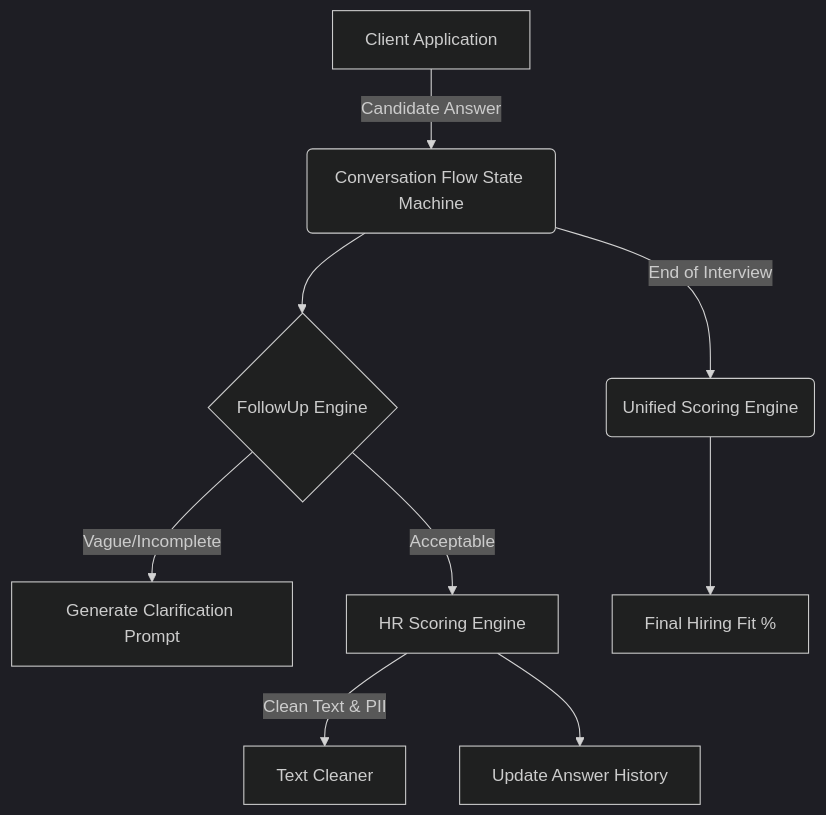
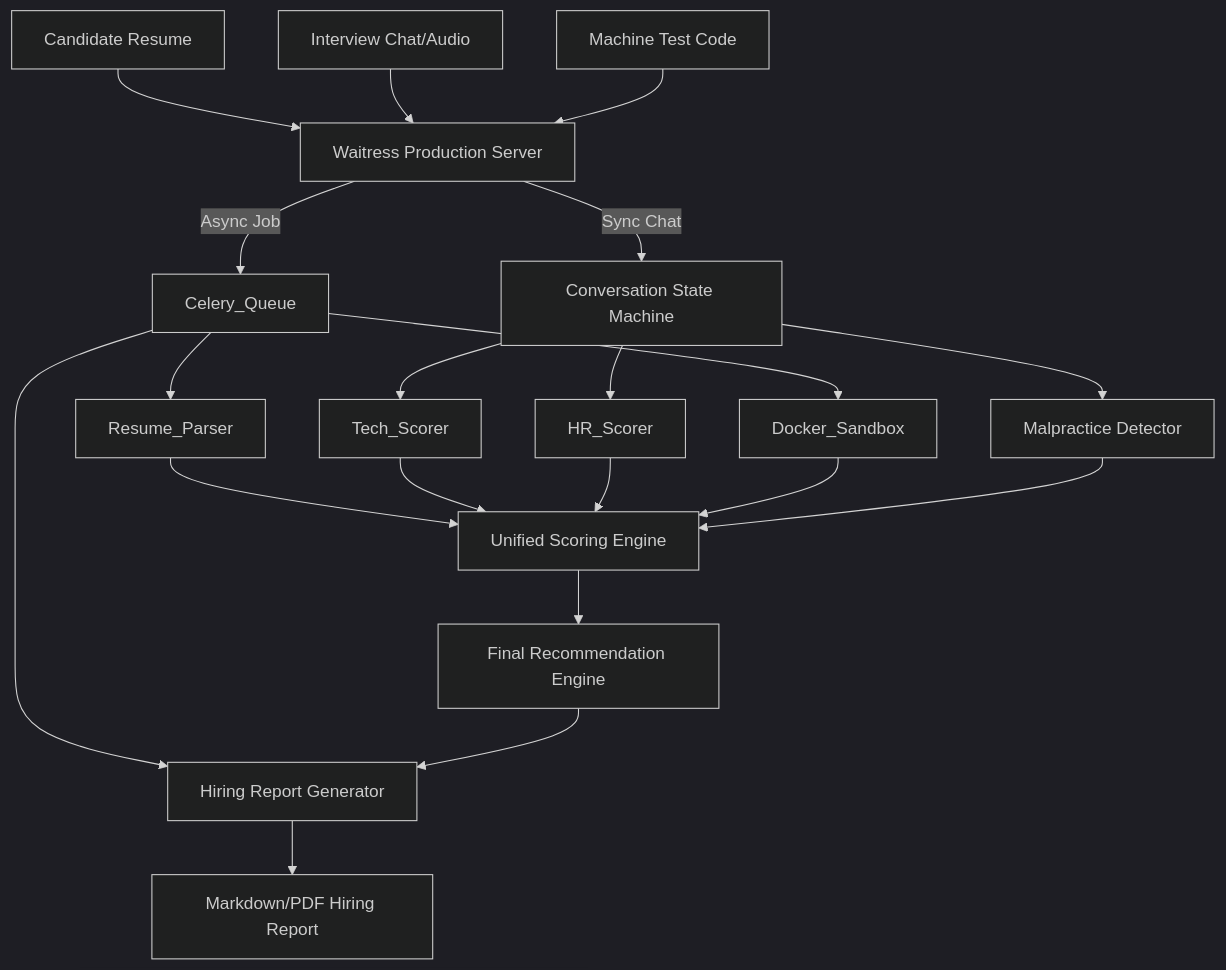
The diagram in docs/architecture/SYSTEM_ARCHITECTURE.md (AdarshM-Official/Zecpath-AI), drawn with Mermaid (dark theme) before and after one commit. The commit also changed other lines of this file and 36 other files, not shown here.

````diff
--- a/docs/architecture/SYSTEM_ARCHITECTURE.md
+++ b/docs/architecture/SYSTEM_ARCHITECTURE.md
@@ -6,11 +19,33 @@
 ```mermaid
 graph TD
-    A[Client Application] -->|Candidate Answer| B(Conversation Flow State Machine)
-    B --> C{FollowUp Engine}
-    C -->|Vague/Incomplete| D[Generate Clarification Prompt]
-    C -->|Acceptable| E[HR Scoring Engine]
-    E -->|Clean Text & PII| F[Text Cleaner]
-    E --> G[Update Answer History]
-    B -->|End of Interview| H(Unified Scoring Engine)
-    H --> I[Final Hiring Fit %]
+    %% Candidate Inputs
+    C_Resume[Candidate Resume] --> API_Gateway
+    C_Chat[Interview Chat/Audio] --> API_Gateway
+    C_Code[Machine Test Code] --> API_Gateway
+
+    %% API Layer (Powered by Waitress)
+    API_Gateway[Waitress Production Server] --> |Async Job| Celery_Queue
+    API_Gateway --> |Sync Chat| Conv_Engine
+
+    %% Execution Layer
+    Celery_Queue --> Resume_Parser
+    Celery_Queue --> Docker_Sandbox
+    Celery_Queue --> Report_Generator
+
+    Conv_Engine[Conversation State Machine] --> Tech_Scorer
+    Conv_Engine --> HR_Scorer
+    Conv_Engine --> Integrity_Checker[Malpractice Detector]
+
+    %% Aggregation Layer (Strict Clamping Applied)
+    Resume_Parser --> Unified_Engine[Unified Scoring Engine]
+    Tech_Scorer --> Unified_Engine
+    HR_Scorer --> Unified_Engine
+    Docker_Sandbox --> Unified_Engine
+    Integrity_Checker --> Unified_Engine
+
+    %% Decision Layer
+    Unified_Engine --> Final_Decision[Final Recommendation Engine]
+    
+    Final_Decision --> Report_Generator[Hiring Report Generator]
+    Report_Generator --> PDF_Markdown[Markdown/PDF Hiring Report]
 ```
````
